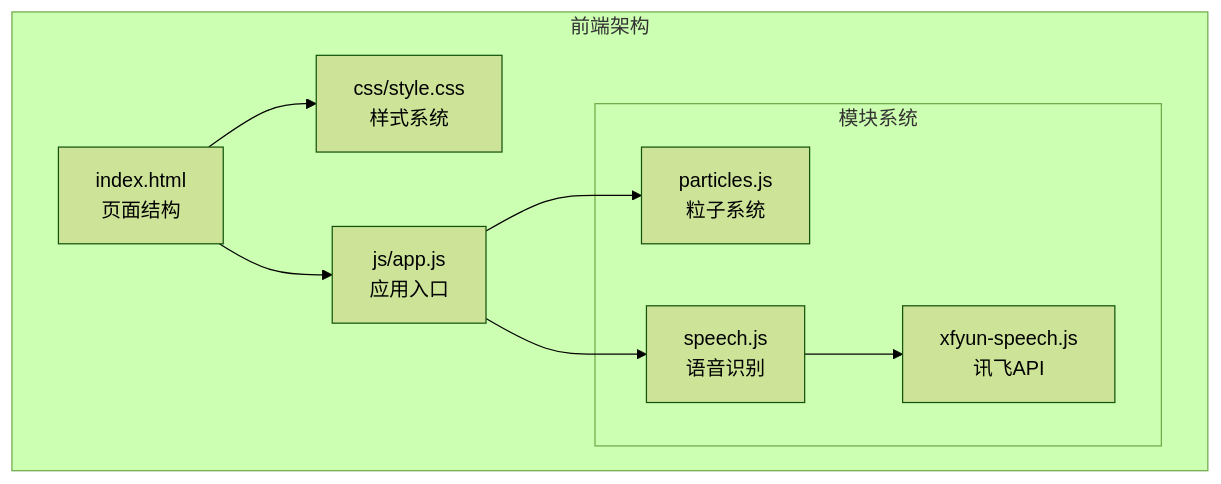
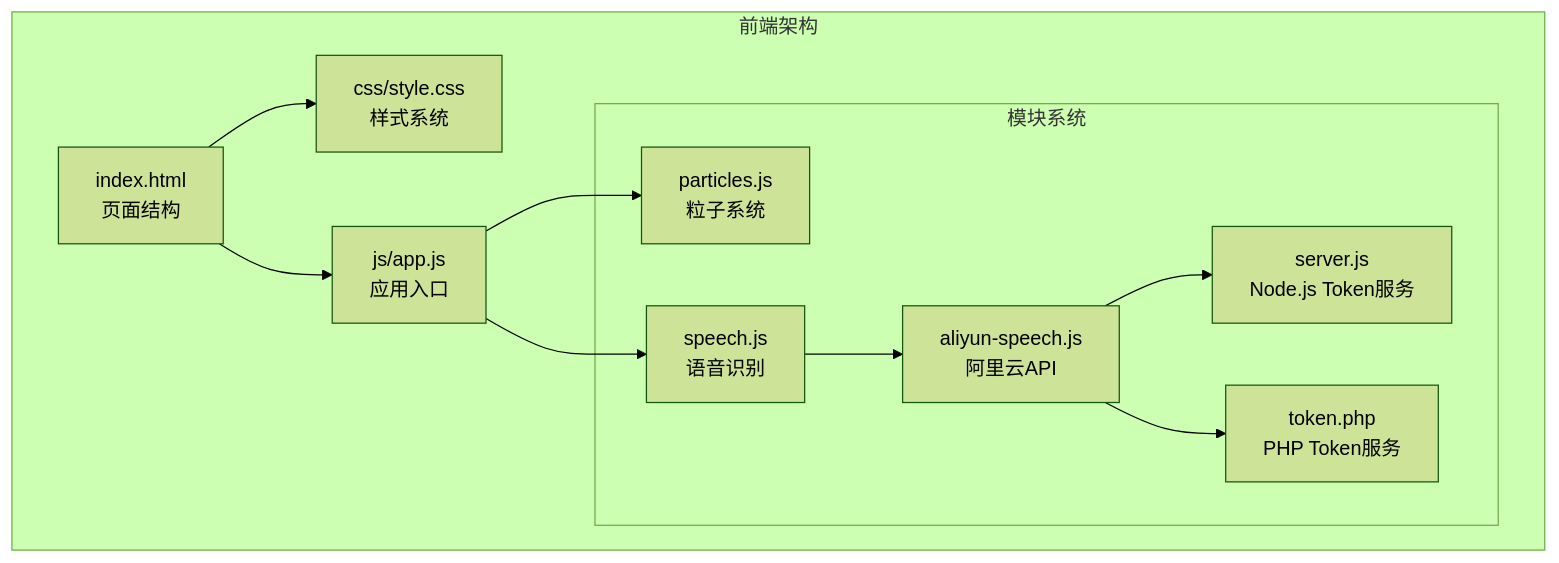
The first of 7 diagrams in .qoder/repowiki/zh/content/用户界面设计.md (db300/MySpeechRecognition), drawn with Mermaid (forest theme) before and after one commit. The commit also changed other lines of this file and 26 other files, not shown here.

````diff
--- a/.qoder/repowiki/zh/content/用户界面设计.md
+++ b/.qoder/repowiki/zh/content/用户界面设计.md
@@ -32,18 +43,22 @@
 ```mermaid
 graph TB
 subgraph "前端架构"
 HTML[index.html<br/>页面结构]
 CSS[css/style.css<br/>样式系统]
 JS[js/app.js<br/>应用入口]
 subgraph "模块系统"
 Particles[particles.js<br/>粒子系统]
 Speech[speech.js<br/>语音识别]
-Xfyun[xfyun-speech.js<br/>讯飞API]
+Aliyun[aliyun-speech.js<br/>阿里云API]
+Server[server.js<br/>Node.js Token服务]
+PHP[token.php<br/>PHP Token服务]
 end
 end
 HTML --> CSS
 HTML --> JS
 JS --> Particles
 JS --> Speech
-Speech --> Xfyun
+Speech --> Aliyun
+Aliyun --> Server
+Aliyun --> PHP
 ```
````
